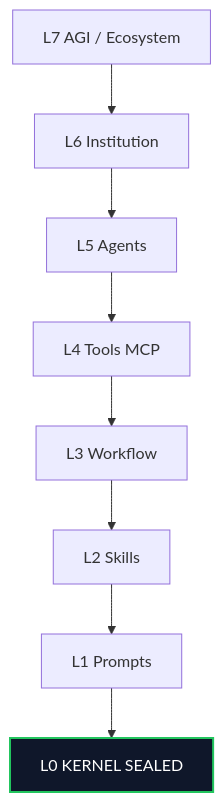
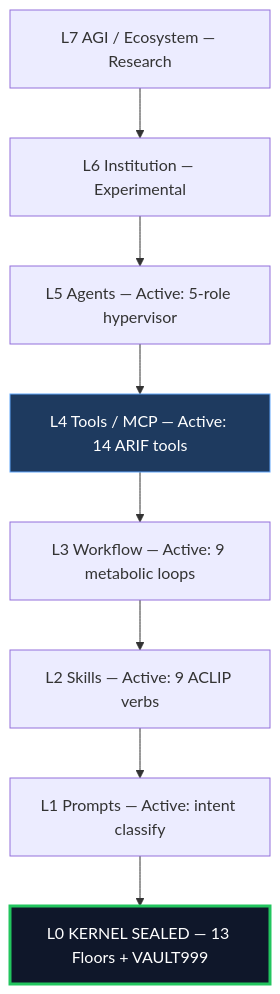
One commit to ariffazil/arifos changed the diagram in README.md. Above: the diagram before and after it, drawn with Mermaid. The commit also changed other lines of this file, not shown here.

````diff
--- a/README.md
+++ b/README.md
@@ -72,15 +309,16 @@
 ```mermaid
 flowchart TD
-    L7[L7 AGI / Ecosystem]
-    L6[L6 Institution]
-    L5[L5 Agents]
-    L4[L4 Tools MCP]
-    L3[L3 Workflow]
-    L2[L2 Skills]
-    L1[L1 Prompts]
-    L0[L0 KERNEL SEALED]
+    L7[L7 AGI / Ecosystem — Research]
+    L6[L6 Institution — Experimental]
+    L5[L5 Agents — Active: 5-role hypervisor]
+    L4[L4 Tools / MCP — Active: 14 ARIF tools]
+    L3[L3 Workflow — Active: 9 metabolic loops]
+    L2[L2 Skills — Active: 9 ACLIP verbs]
+    L1[L1 Prompts — Active: intent classify]
+    L0[L0 KERNEL SEALED — 13 Floors + VAULT999]
 
     L7 --> L6 --> L5 --> L4 --> L3 --> L2 --> L1 --> L0
 
-    style L0 fill:#0f172a,stroke:#22c55e,color:#ffffff,stroke-width:2px
+    style L0 fill:#0f172a,stroke:#22c55e,color:#ffffff,stroke-width:3px
+    style L4 fill:#1e3a5f,stroke:#60a5fa,color:#ffffff
 ```
````
